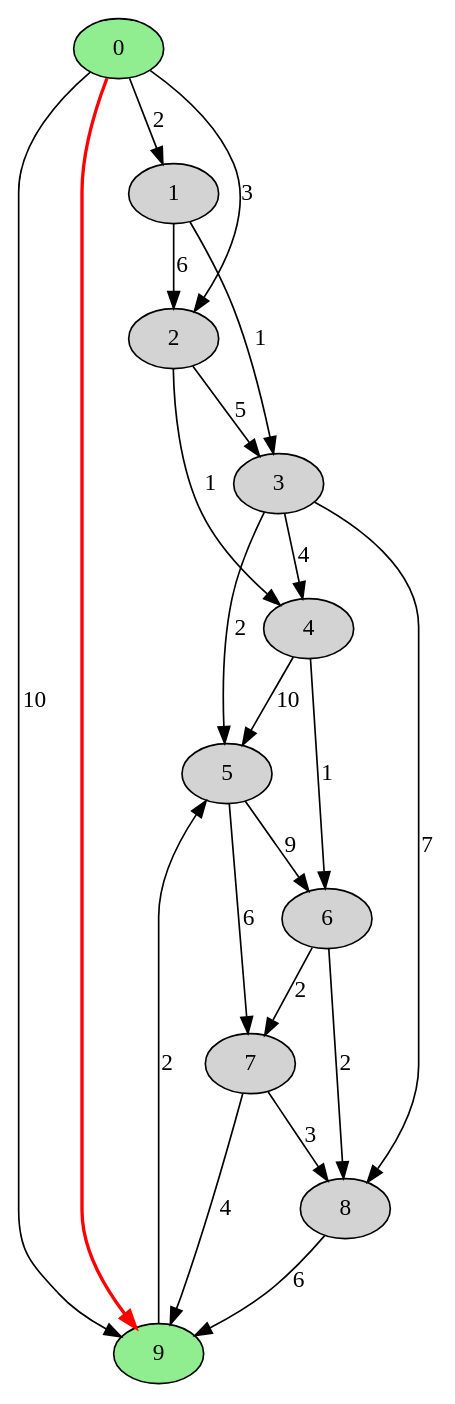
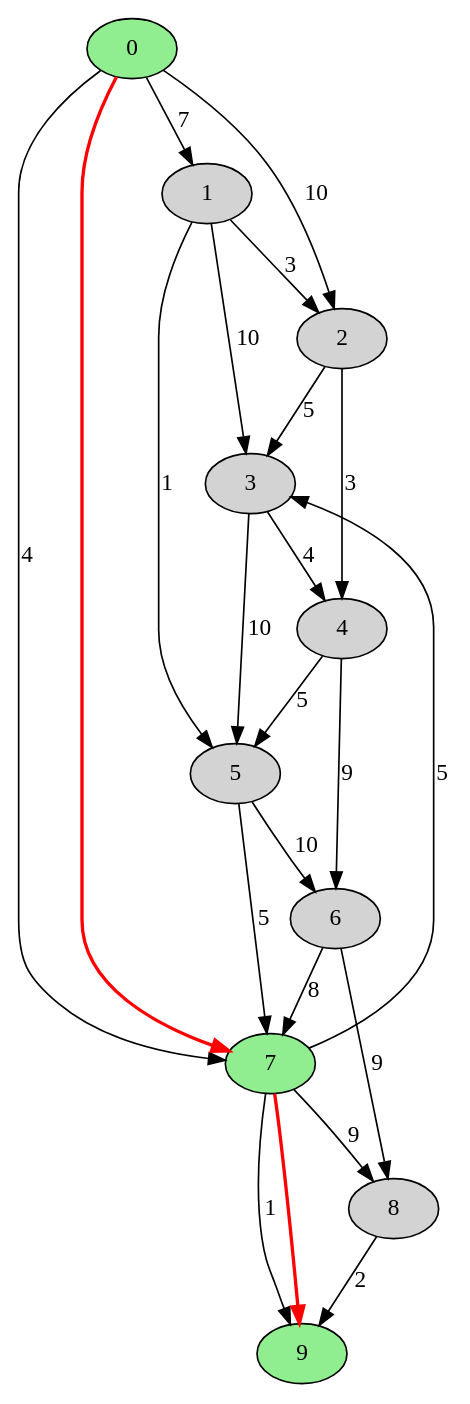
The diagram in src/astar_graph.dot (yigitbickici/GraphTheory), drawn with Graphviz before and after one commit. The commit also changed 6 other files, not shown here.

```diff
--- a/src/astar_graph.dot
+++ b/src/astar_graph.dot
@@ -1,27 +1,29 @@
 digraph G {
     node [style=filled];
-    0 -> 1 [label="2"];
-    0 -> 2 [label="3"];
-    1 -> 2 [label="6"];
-    1 -> 3 [label="1"];
+    0 -> 1 [label="7"];
+    0 -> 2 [label="10"];
+    1 -> 2 [label="3"];
+    1 -> 3 [label="10"];
     2 -> 3 [label="5"];
-    2 -> 4 [label="1"];
+    2 -> 4 [label="3"];
     3 -> 4 [label="4"];
-    3 -> 5 [label="2"];
-    4 -> 5 [label="10"];
-    4 -> 6 [label="1"];
-    5 -> 6 [label="9"];
-    5 -> 7 [label="6"];
-    6 -> 7 [label="2"];
-    6 -> 8 [label="2"];
-    7 -> 8 [label="3"];
-    7 -> 9 [label="4"];
-    8 -> 9 [label="6"];
-    0 -> 9 [label="10"];
-    9 -> 5 [label="2"];
-    3 -> 8 [label="7"];
+    3 -> 5 [label="10"];
+    4 -> 5 [label="5"];
+    4 -> 6 [label="9"];
+    5 -> 6 [label="10"];
+    5 -> 7 [label="5"];
+    6 -> 7 [label="8"];
+    6 -> 8 [label="9"];
+    7 -> 8 [label="9"];
+    7 -> 9 [label="1"];
+    8 -> 9 [label="2"];
+    1 -> 5 [label="1"];
+    0 -> 7 [label="4"];
+    7 -> 3 [label="5"];
     // Highlight path nodes
     0 [fillcolor=lightgreen];
+    7 [fillcolor=lightgreen];
     9 [fillcolor=lightgreen];
-    0 -> 9 [color=red, penwidth=2.0];
+    0 -> 7 [color=red, penwidth=2.0];
+    7 -> 9 [color=red, penwidth=2.0];
 }
```
